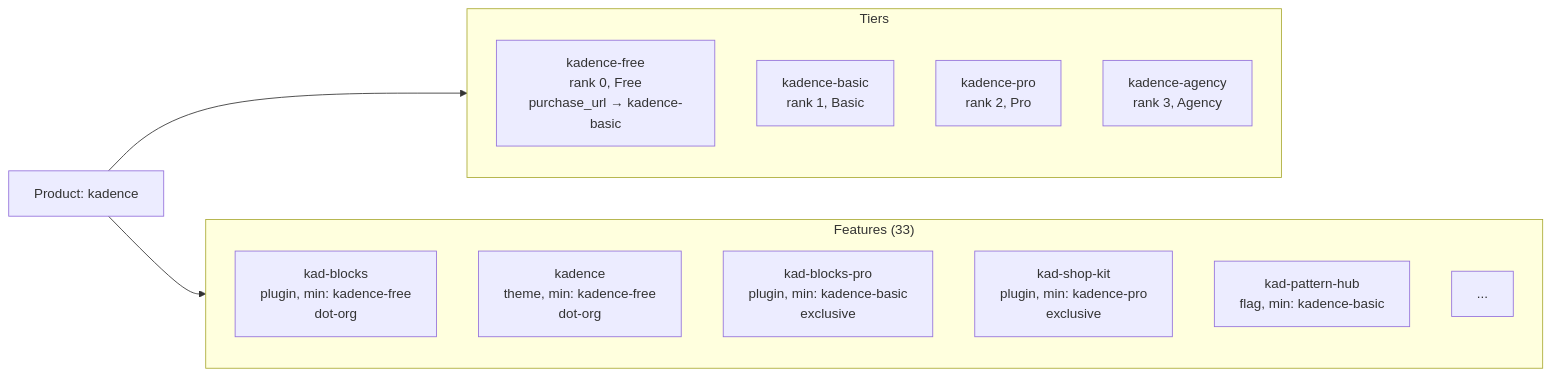
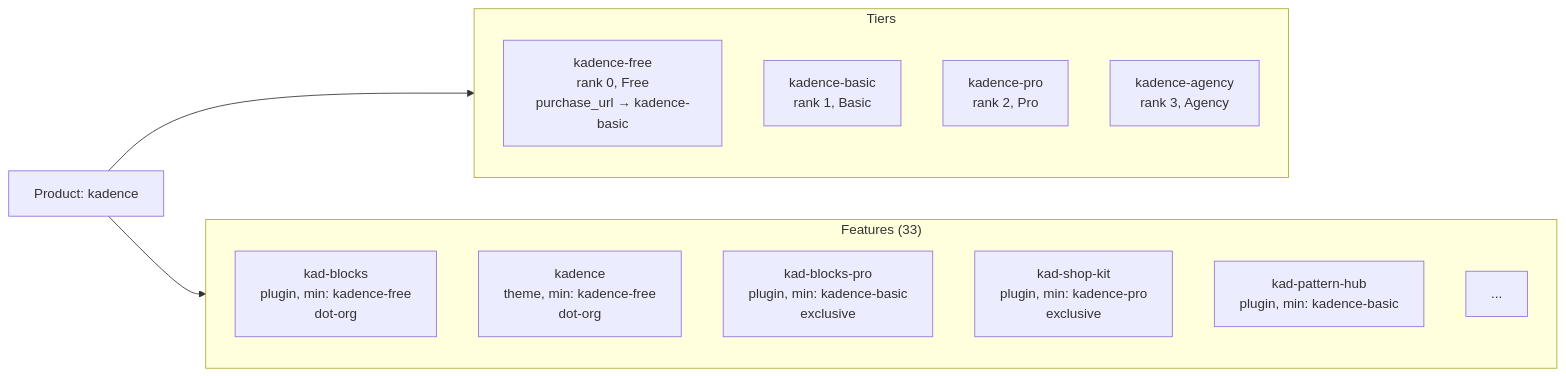
Before and after one commit to stellarwp/harbor: the diagram in docs/subsystems/catalog.md, drawn with Mermaid. The commit also changed other lines of this file and 39 other files, not shown here.

````diff
--- a/docs/subsystems/catalog.md
+++ b/docs/subsystems/catalog.md
@@ -127,23 +125,23 @@
 ```mermaid
 graph LR
     Product["Product: kadence"]
 
     Product --> Tiers
     Product --> Features["Features (33)"]
 
     subgraph Tiers
         T0["kadence-free\nrank 0, Free\npurchase_url → kadence-basic"]
         T1["kadence-basic\nrank 1, Basic"]
         T2["kadence-pro\nrank 2, Pro"]
         T3["kadence-agency\nrank 3, Agency"]
     end
 
     subgraph Features["Features (33)"]
         F1["kad-blocks\nplugin, min: kadence-free\ndot-org"]
         F2["kadence\ntheme, min: kadence-free\ndot-org"]
         F3["kad-blocks-pro\nplugin, min: kadence-basic\nexclusive"]
         F4["kad-shop-kit\nplugin, min: kadence-pro\nexclusive"]
-        F5["kad-pattern-hub\nflag, min: kadence-basic"]
+        F5["kad-pattern-hub\nplugin, min: kadence-basic"]
         F6["..."]
     end
 ```
````
